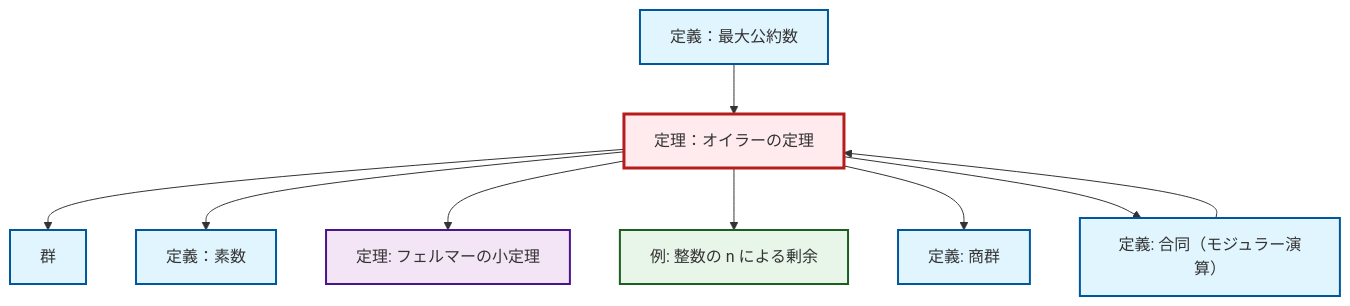
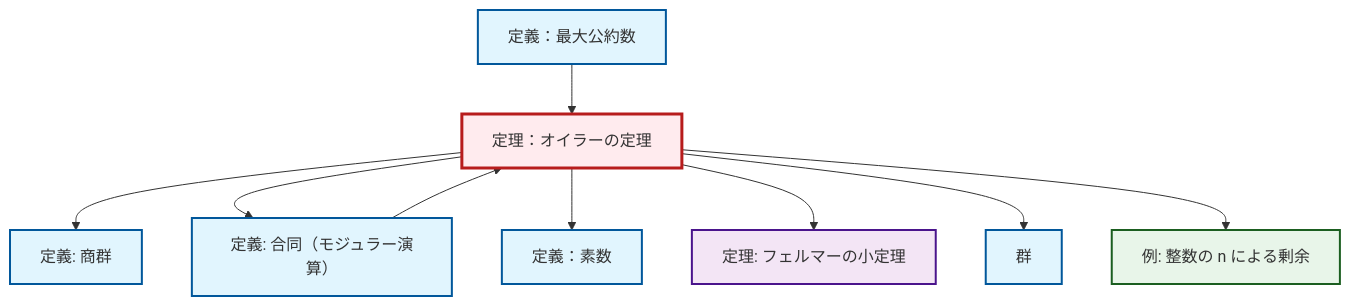
Before and after one commit to RK0429/ModernMath: the diagram in content/ja/number-theory/thm-euler.qmd, drawn with Mermaid. The commit also changed other lines of this file and 328 other files, not shown here.

````diff
--- a/content/ja/number-theory/thm-euler.qmd
+++ b/content/ja/number-theory/thm-euler.qmd
@@ -53,33 +53,33 @@
 ```{mermaid}
 %%| fig-cap: "ローカル依存関係グラフ"
 graph TD
     classDef definition fill:#e1f5fe,stroke:#01579b,stroke-width:2px
     classDef theorem fill:#f3e5f5,stroke:#4a148c,stroke-width:2px
     classDef axiom fill:#fff3e0,stroke:#e65100,stroke-width:2px
     classDef example fill:#e8f5e9,stroke:#1b5e20,stroke-width:2px
     classDef current fill:#ffebee,stroke:#b71c1c,stroke-width:3px
+    thm-euler["定理：オイラーの定理"]:::theorem
+    ex-quotient-integers-mod-n["例: 整数の n による剰余"]:::example
     thm-fermat-little["定理: フェルマーの小定理"]:::theorem
-    def-quotient-group["定義: 商群"]:::definition
-    thm-euler["定理：オイラーの定理"]:::theorem
     def-congruence["定義: 合同（モジュラー演算）"]:::definition
-    ex-quotient-integers-mod-n["例: 整数の n による剰余"]:::example
-    def-prime["定義：素数"]:::definition
     def-group["群"]:::definition
     def-gcd["定義：最大公約数"]:::definition
+    def-prime["定義：素数"]:::definition
+    def-quotient-group["定義: 商群"]:::definition
+    thm-euler --> def-quotient-group
+    def-congruence --> thm-euler
+    thm-euler --> def-congruence
+    thm-euler --> def-prime
+    def-gcd --> thm-euler
+    thm-euler --> thm-fermat-little
     thm-euler --> def-group
-    def-congruence --> thm-euler
-    def-gcd --> thm-euler
-    thm-euler --> def-prime
-    thm-euler --> thm-fermat-little
     thm-euler --> ex-quotient-integers-mod-n
-    thm-euler --> def-quotient-group
-    thm-euler --> def-congruence
     class thm-euler current
+    click ex-quotient-integers-mod-n "ex-quotient-integers-mod-n.html" "整数の n による剰余の例へ"
     click thm-fermat-little "thm-fermat-little.html" "フェルマーの小定理の定理へ"
-    click def-quotient-group "def-quotient-group.html" "商群の定義へ"
     click def-congruence "def-congruence.html" "合同（モジュラー演算）の定義へ"
-    click ex-quotient-integers-mod-n "ex-quotient-integers-mod-n.html" "整数の n による剰余の例へ"
-    click def-prime "def-prime.html" "定義：素数へ"
     click def-group "def-group.html" "群へ"
     click def-gcd "def-gcd.html" "定義：最大公約数へ"
+    click def-prime "def-prime.html" "定義：素数へ"
+    click def-quotient-group "def-quotient-group.html" "商群の定義へ"
 ```
````
